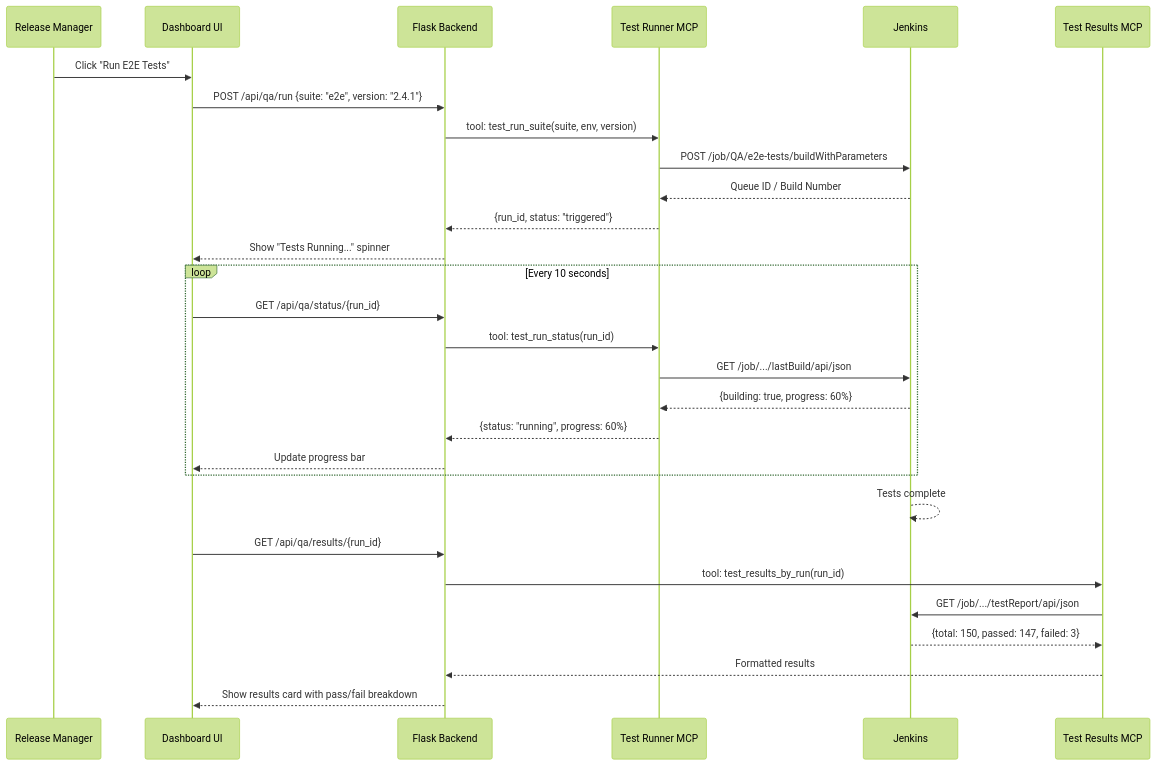
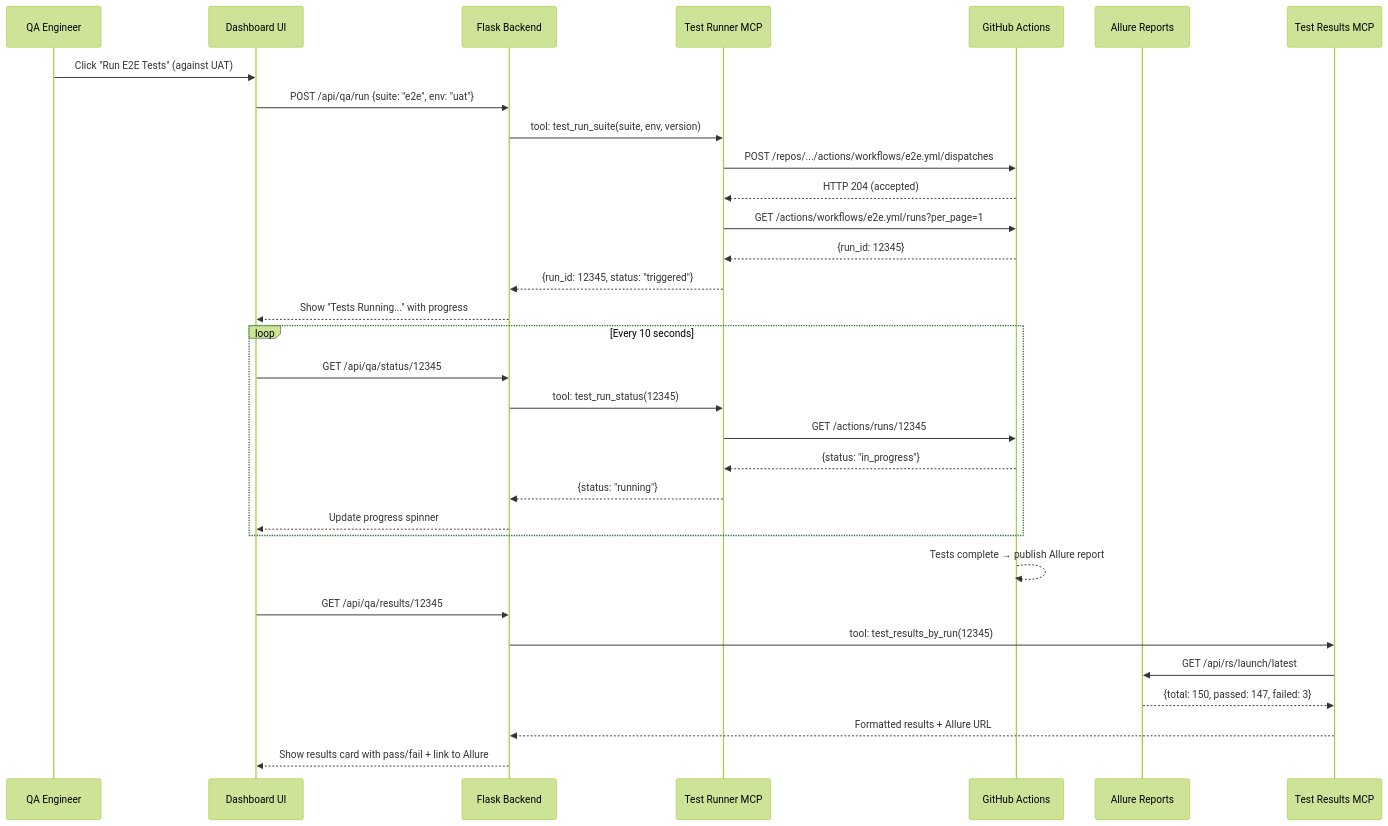
Before and after one commit to frnx82/release_readiness: the third of 3 diagrams in docs/QA-AUTOMATION-MCP-DESIGN.md, drawn with Mermaid (forest theme). The commit also changed other lines of this file and 1 other file, not shown here.

Commit message:
adding test confluence

````diff
--- a/docs/QA-AUTOMATION-MCP-DESIGN.md
+++ b/docs/QA-AUTOMATION-MCP-DESIGN.md
@@ -293,34 +497,37 @@
 ```mermaid
 sequenceDiagram
-    participant User as Release Manager
+    participant User as QA Engineer
     participant UI as Dashboard UI
     participant API as Flask Backend
     participant MCP as Test Runner MCP
-    participant Jenkins as Jenkins
+    participant GHA as GitHub Actions
+    participant Allure as Allure Reports
     participant Results as Test Results MCP
 
-    User->>UI: Click "Run E2E Tests"
-    UI->>API: POST /api/qa/run {suite: "e2e", version: "2.4.1"}
+    User->>UI: Click "Run E2E Tests" (against UAT)
+    UI->>API: POST /api/qa/run {suite: "e2e", env: "uat"}
     API->>MCP: tool: test_run_suite(suite, env, version)
-    MCP->>Jenkins: POST /job/QA/e2e-tests/buildWithParameters
-    Jenkins-->>MCP: Queue ID / Build Number
-    MCP-->>API: {run_id, status: "triggered"}
-    API-->>UI: Show "Tests Running..." spinner
-    
+    MCP->>GHA: POST /repos/.../actions/workflows/e2e.yml/dispatches
+    GHA-->>MCP: HTTP 204 (accepted)
+    MCP->>GHA: GET /actions/workflows/e2e.yml/runs?per_page=1
+    GHA-->>MCP: {run_id: 12345}
+    MCP-->>API: {run_id: 12345, status: "triggered"}
+    API-->>UI: Show "Tests Running..." with progress
+
     loop Every 10 seconds
-        UI->>API: GET /api/qa/status/{run_id}
-        API->>MCP: tool: test_run_status(run_id)
-        MCP->>Jenkins: GET /job/.../lastBuild/api/json
-        Jenkins-->>MCP: {building: true, progress: 60%}
-        MCP-->>API: {status: "running", progress: 60%}
-        API-->>UI: Update progress bar
+        UI->>API: GET /api/qa/status/12345
+        API->>MCP: tool: test_run_status(12345)
+        MCP->>GHA: GET /actions/runs/12345
+        GHA-->>MCP: {status: "in_progress"}
+        MCP-->>API: {status: "running"}
+        API-->>UI: Update progress spinner
     end
-    
-    Jenkins-->>Jenkins: Tests complete
-    UI->>API: GET /api/qa/results/{run_id}
-    API->>Results: tool: test_results_by_run(run_id)
-    Results->>Jenkins: GET /job/.../testReport/api/json
-    Jenkins-->>Results: {total: 150, passed: 147, failed: 3}
-    Results-->>API: Formatted results
-    API-->>UI: Show results card with pass/fail breakdown
+
+    GHA-->>GHA: Tests complete → publish Allure report
+    UI->>API: GET /api/qa/results/12345
+    API->>Results: tool: test_results_by_run(12345)
+    Results->>Allure: GET /api/rs/launch/latest
+    Allure-->>Results: {total: 150, passed: 147, failed: 3}
+    Results-->>API: Formatted results + Allure URL
+    API-->>UI: Show results card with pass/fail + link to Allure
 ```
````
